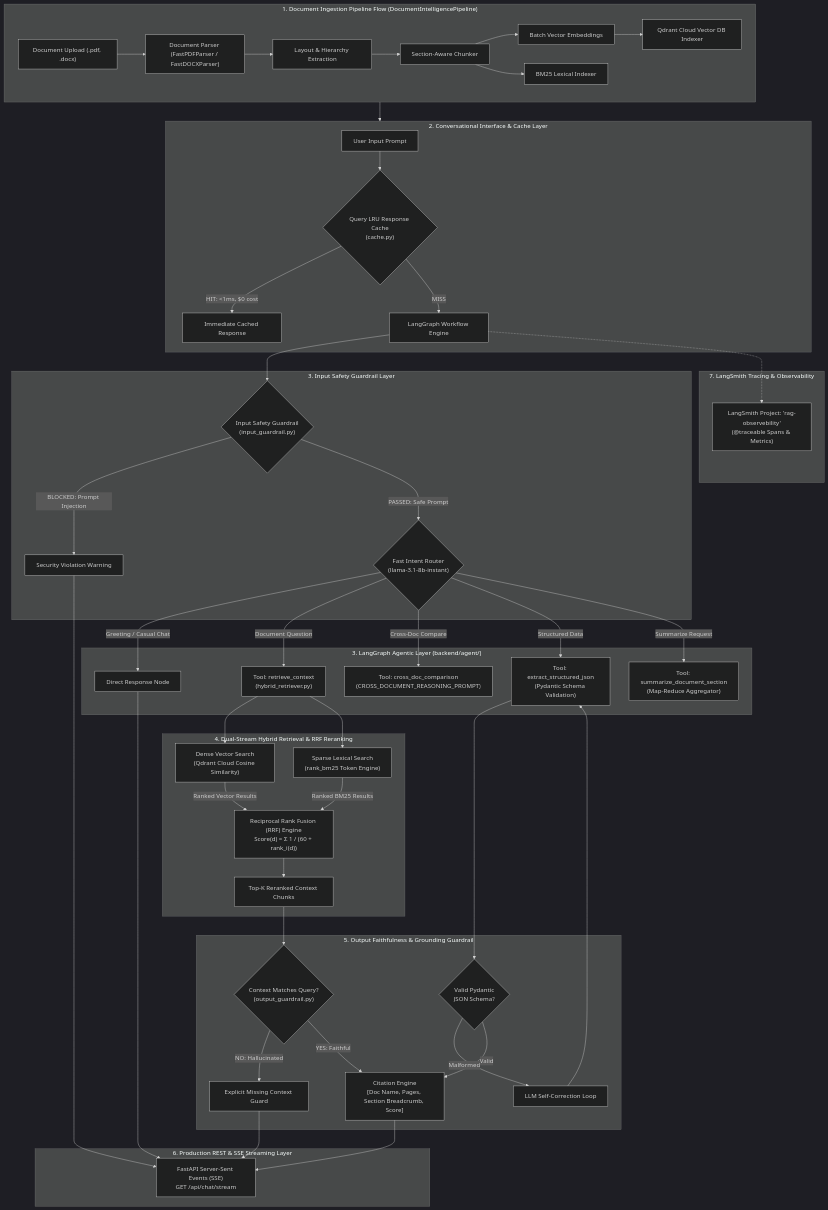
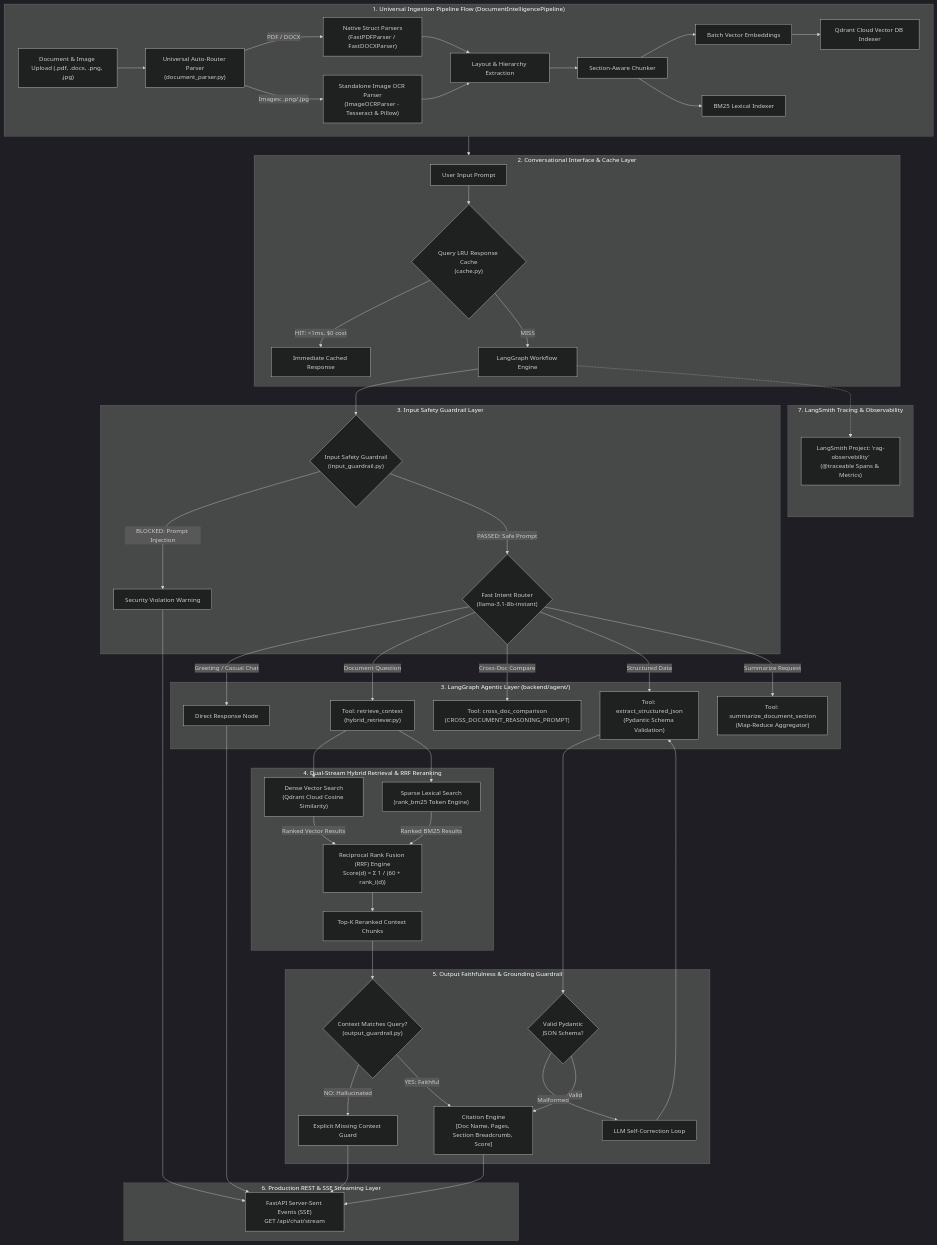
Before and after one commit to onkar-2006/rag-assestment-ooru-digital: the diagram in README.md, drawn with Mermaid (dark theme). The commit also changed other lines of this file and 5 other files, not shown here.

Commit message:
adding the ocr pipeline

````diff
--- a/README.md
+++ b/README.md
@@ -92,66 +94,70 @@
 ```mermaid
 flowchart TD
-    subgraph Ingestion ["1. Document Ingestion Pipeline Flow (DocumentIntelligencePipeline)"]
-        Upload["Document Upload (.pdf, .docx)"] --> Parser["Document Parser (FastPDFParser / FastDOCXParser)"]
-        Parser --> Layout["Layout & Hierarchy Extraction"]
+    subgraph Ingestion ["1. Universal Ingestion Pipeline Flow (DocumentIntelligencePipeline)"]
+        Upload["Document & Image Upload (.pdf, .docx, .png, .jpg)"] --> Router["Universal Auto-Router Parser\n(document_parser.py)"]
+        Router -->|PDF / DOCX| FastParser["Native Struct Parsers\n(FastPDFParser / FastDOCXParser)"]
+        Router -->|Images: .png/.jpg| OCRParser["Standalone Image OCR Parser\n(ImageOCRParser - Tesseract & Pillow)"]
+        FastParser --> Layout["Layout & Hierarchy Extraction"]
+        OCRParser --> Layout
         Layout --> Chunker["Section-Aware Chunker"]
         Chunker --> Embedder["Batch Vector Embeddings"]
         Embedder --> QdrantIndex["Qdrant Cloud Vector DB Indexer"]
         Chunker --> BM25Index["BM25 Lexical Indexer"]
     end
+
 
     Ingestion --> UI
 
     subgraph UI ["2. Conversational Interface & Cache Layer"]
         UserQuery["User Input Prompt"] --> CacheCheck{"Query LRU Response Cache\n(cache.py)"}
         CacheCheck -->|HIT: <1ms, $0 cost| CachedOutput["Immediate Cached Response"]
         CacheCheck -->|MISS| Workflow["LangGraph Workflow Engine"]
     end
 
     subgraph GuardrailsIn ["3. Input Safety Guardrail Layer"]
         Workflow --> InputGuard{"Input Safety Guardrail\n(input_guardrail.py)"}
         InputGuard -->|BLOCKED: Prompt Injection| SecurityWarning["Security Violation Warning"]
         InputGuard -->|PASSED: Safe Prompt| FastRouter{"Fast Intent Router\n(llama-3.1-8b-instant)"}
     end
 
 
     subgraph AgentModule ["3. LangGraph Agentic Layer (backend/agent/)"]
         FastRouter -->|Greeting / Casual Chat| DirectNode["Direct Response Node"]
         FastRouter -->|Document Question| HybridTool["Tool: retrieve_context\n(hybrid_retriever.py)"]
         FastRouter -->|Cross-Doc Compare| CrossDocTool["Tool: cross_doc_comparison\n(CROSS_DOCUMENT_REASONING_PROMPT)"]
         FastRouter -->|Structured Data| ExtractTool["Tool: extract_structured_json\n(Pydantic Schema Validation)"]
         FastRouter -->|Summarize Request| SummaryTool["Tool: summarize_document_section\n(Map-Reduce Aggregator)"]
     end
 
     subgraph HybridEngine ["4. Dual-Stream Hybrid Retrieval & RRF Reranking"]
         HybridTool --> DenseStream["Dense Vector Search\n(Qdrant Cloud Cosine Similarity)"]
         HybridTool --> BM25Stream["Sparse Lexical Search\n(rank_bm25 Token Engine)"]
         
         DenseStream -->|Ranked Vector Results| RRFEngine["Reciprocal Rank Fusion (RRF) Engine\nScore(d) = Σ 1 / (60 + rank_i(d))"]
         BM25Stream -->|Ranked BM25 Results| RRFEngine
         
         RRFEngine --> FusedChunks["Top-K Reranked Context Chunks"]
     end
 
     subgraph GuardrailsOut ["5. Output Faithfulness & Grounding Guardrail"]
         ExtractTool --> PydanticCheck{"Valid Pydantic\nJSON Schema?"}
         PydanticCheck -->|Malformed| RepairNode["LLM Self-Correction Loop"]
         RepairNode --> ExtractTool
         PydanticCheck -->|Valid| CitationEngine
 
         FusedChunks --> GroundingCheck{"Context Matches Query?\n(output_guardrail.py)"}
         GroundingCheck -->|NO: Hallucinated| FallbackNode["Explicit Missing Context Guard"]
         GroundingCheck -->|YES: Faithful| CitationEngine["Citation Engine\n[Doc Name, Pages, Section Breadcrumb, Score]"]
     end
 
     subgraph Output ["6. Production REST & SSE Streaming Layer"]
         DirectNode --> StreamedResponse["FastAPI Server-Sent Events (SSE)\nGET /api/chat/stream"]
         FallbackNode --> StreamedResponse
         CitationEngine --> StreamedResponse
         SecurityWarning --> StreamedResponse
     end
 
     subgraph Observability ["7. LangSmith Tracing & Observability"]
         Workflow -.-> LangSmithTrace["LangSmith Project: 'rag-observebility'\n(@traceable Spans & Metrics)"]
     end
 ```
````
